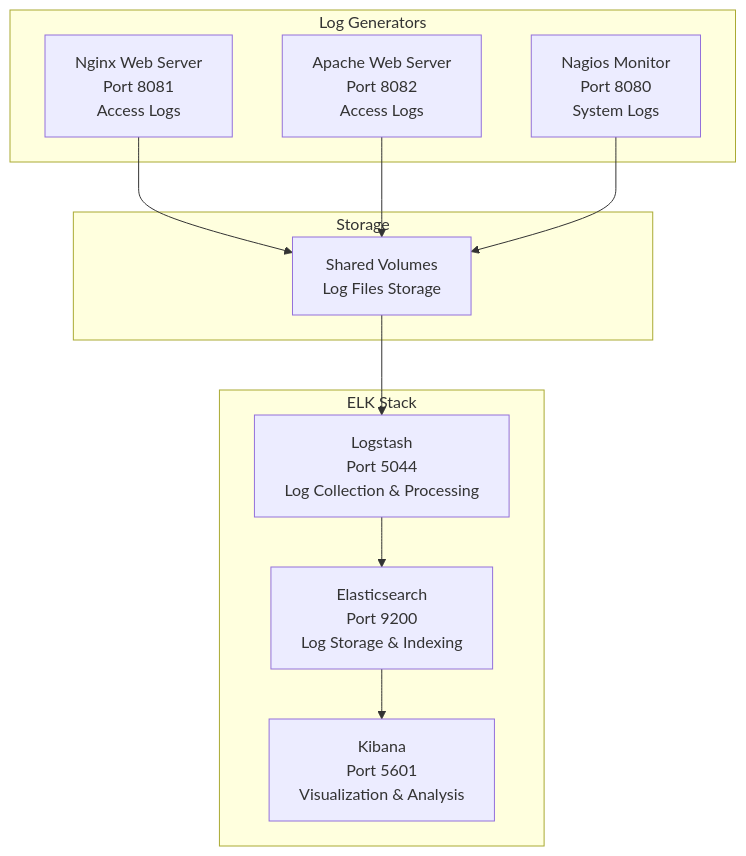
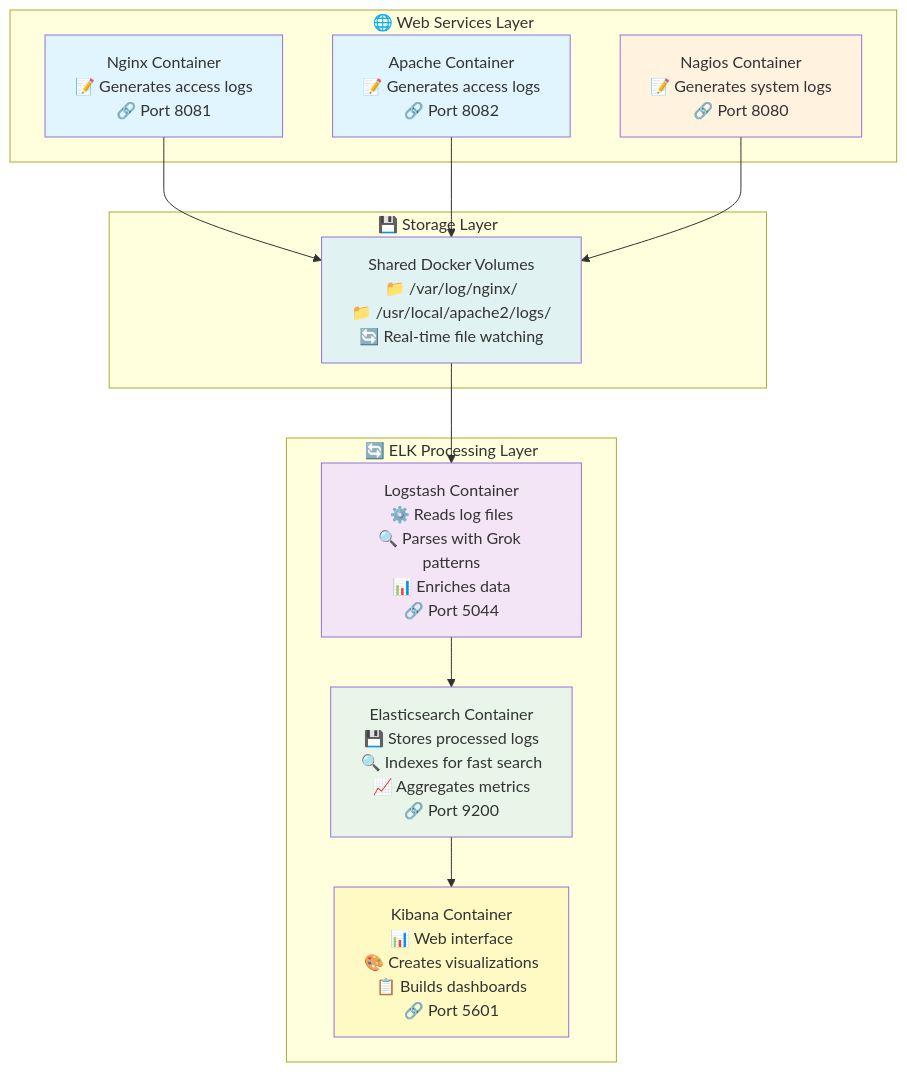
One commit to manikcloud/cloud-devops-learning-path changed the second of 2 diagrams in Section-2-DevOps/Session-10_Monitoring-Tools/05-nagios-elk/README.md. Above: the diagram before and after it, drawn with Mermaid. The commit also changed other lines of this file, not shown here.

````diff
--- a/Section-2-DevOps/Session-10_Monitoring-Tools/05-nagios-elk/README.md
+++ b/Section-2-DevOps/Session-10_Monitoring-Tools/05-nagios-elk/README.md
@@ -41,25 +156,33 @@
 ```mermaid
 graph TB
-    subgraph "Log Generators"
-        N[Nginx Web Server<br/>Port 8081<br/>Access Logs]
-        A[Apache Web Server<br/>Port 8082<br/>Access Logs]
-        NAG[Nagios Monitor<br/>Port 8080<br/>System Logs]
+    subgraph "🌐 Web Services Layer"
+        N[Nginx Container<br/>📝 Generates access logs<br/>🔗 Port 8081]
+        A[Apache Container<br/>📝 Generates access logs<br/>🔗 Port 8082]
+        NAG[Nagios Container<br/>📝 Generates system logs<br/>🔗 Port 8080]
     end
     
-    subgraph "ELK Stack"
-        L[Logstash<br/>Port 5044<br/>Log Collection & Processing]
-        E[Elasticsearch<br/>Port 9200<br/>Log Storage & Indexing]
-        K[Kibana<br/>Port 5601<br/>Visualization & Analysis]
+    subgraph "💾 Storage Layer"
+        V[Shared Docker Volumes<br/>📁 /var/log/nginx/<br/>📁 /usr/local/apache2/logs/<br/>🔄 Real-time file watching]
     end
     
-    subgraph "Storage"
-        V[Shared Volumes<br/>Log Files Storage]
+    subgraph "🔄 ELK Processing Layer"
+        L[Logstash Container<br/>⚙️ Reads log files<br/>🔍 Parses with Grok patterns<br/>📊 Enriches data<br/>🔗 Port 5044]
+        E[Elasticsearch Container<br/>💾 Stores processed logs<br/>🔍 Indexes for fast search<br/>📈 Aggregates metrics<br/>🔗 Port 9200]
+        K[Kibana Container<br/>📊 Web interface<br/>🎨 Creates visualizations<br/>📋 Builds dashboards<br/>🔗 Port 5601]
     end
     
     N --> V
     A --> V
     NAG --> V
     V --> L
     L --> E
     E --> K
+    
+    style N fill:#e1f5fe
+    style A fill:#e1f5fe
+    style NAG fill:#fff3e0
+    style V fill:#e0f2f1
+    style L fill:#f3e5f5
+    style E fill:#e8f5e8
+    style K fill:#fff9c4
 ```
````
